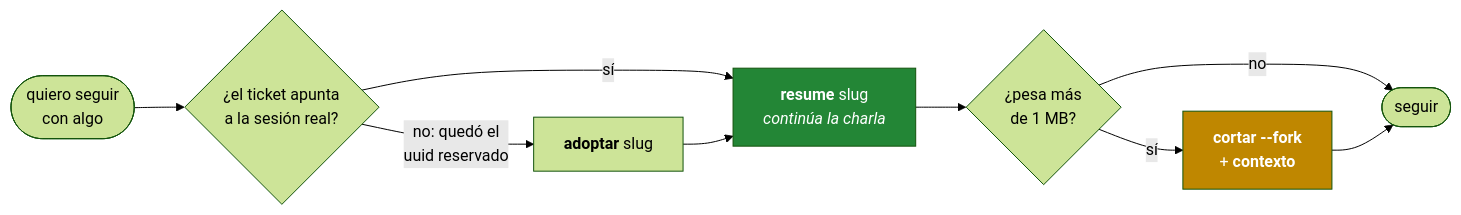
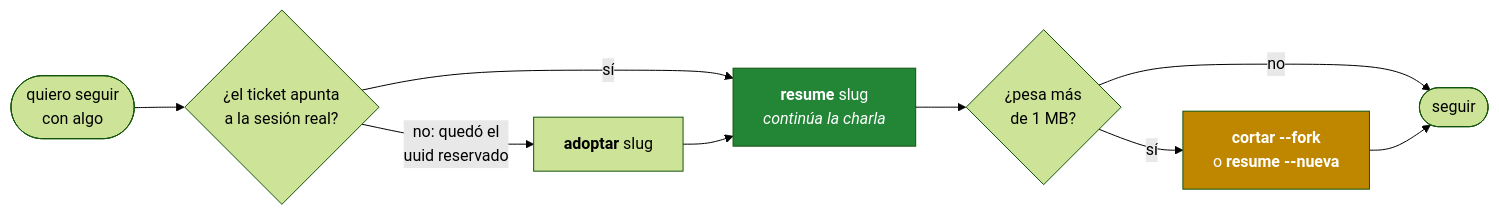
The third of 6 diagrams in README.md (Ariel-Hab/factoria), drawn with Mermaid (forest theme) before and after one commit. The commit also changed other lines of this file and 2 other files, not shown here.

First line of the commit message:
feat: resume --nueva abre y registra la sesion nueva

````diff
--- a/README.md
+++ b/README.md
@@ -98,13 +98,13 @@
 ```mermaid
 flowchart LR
     S(["quiero seguir<br/>con algo"]) --> Q{"¿el ticket apunta<br/>a la sesión real?"}
     Q -->|sí| R["<b>resume</b> slug<br/><i>continúa la charla</i>"]
     Q -->|"no: quedó el<br/>uuid reservado"| AD["<b>adoptar</b> slug"]
     AD --> R
     R --> W{"¿pesa más<br/>de 1 MB?"}
     W -->|no| GO(["seguir"])
-    W -->|sí| CU["<b>cortar --fork</b><br/>+ <b>contexto</b>"]
+    W -->|sí| CU["<b>cortar --fork</b><br/>o <b>resume --nueva</b>"]
     CU --> GO
     style R fill:#238636,color:#fff
     style CU fill:#bf8700,color:#fff
 ```
````
